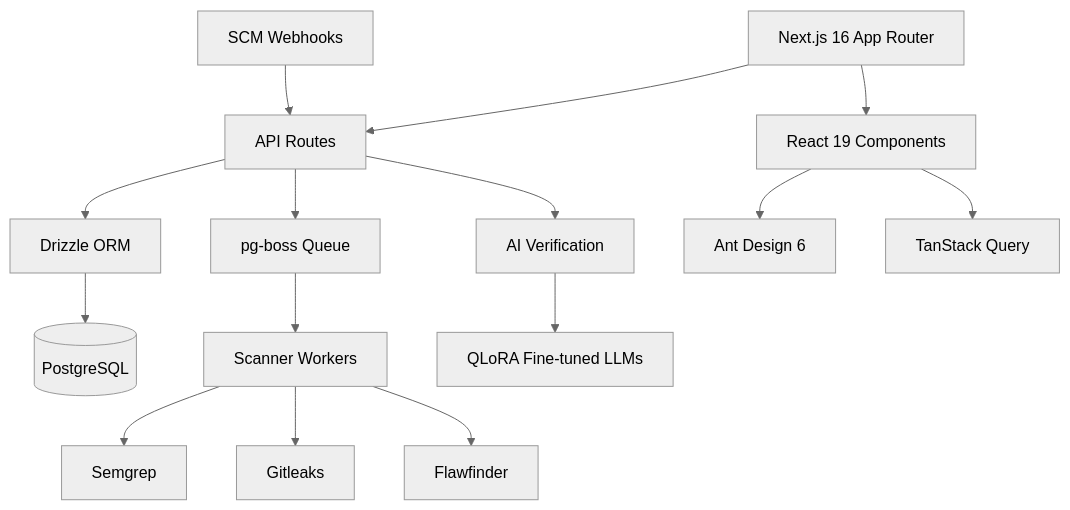
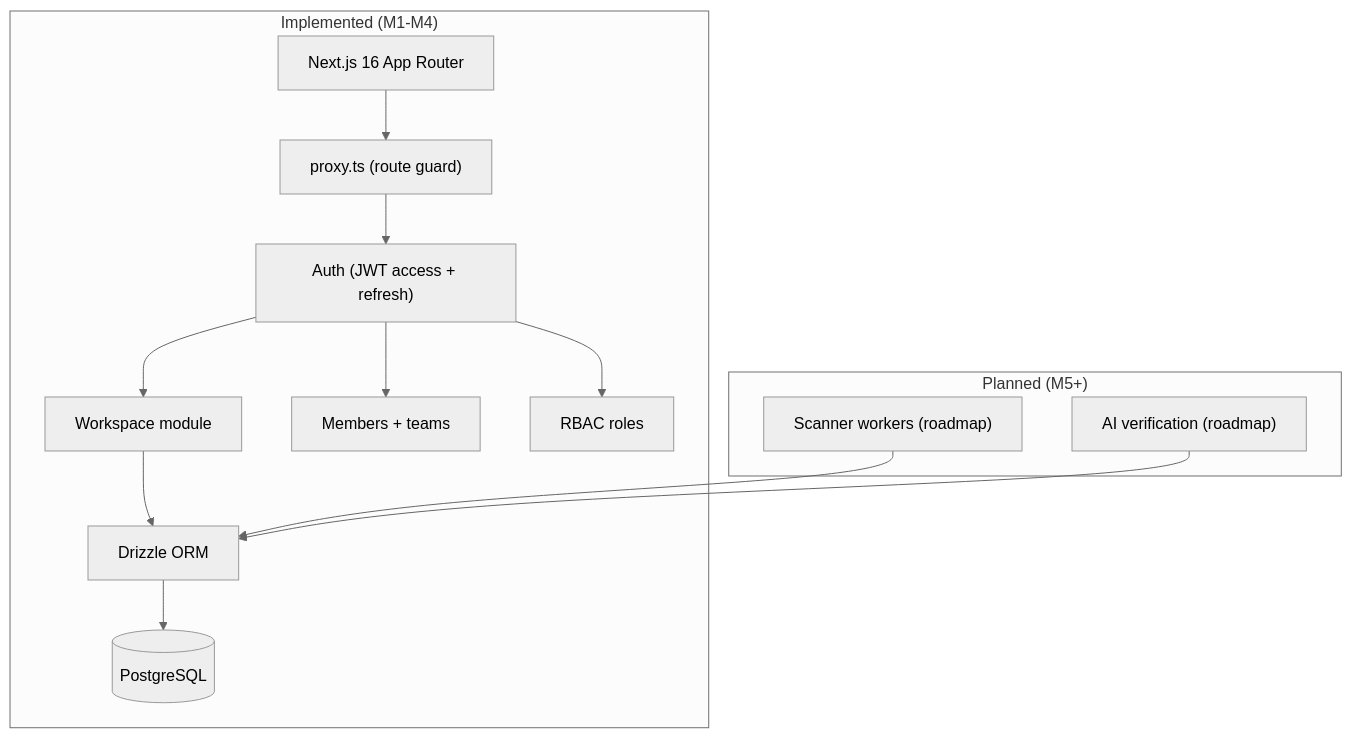
One commit to raihanachmad8/portofolio changed the first of 3 diagrams in src/content/projects/sast-integration.mdx. Above: the diagram before and after it, drawn with Mermaid (neutral theme). The commit also changed other lines of this file and 16 other files, not shown here.

First line of the commit message:
feat: enrich all 11 project MDX with verified data and diagrams

````diff
--- a/src/content/projects/sast-integration.mdx
+++ b/src/content/projects/sast-integration.mdx
@@ -56,17 +50,28 @@
 ```mermaid
 flowchart TD
-    A["Next.js 16 App Router"] --> B["API Routes"]
-    A --> C["React 19 Components"]
-    B --> D["Drizzle ORM"]
-    B --> E["pg-boss Queue"]
-    D --> F[("PostgreSQL")]
-    E --> G["Scanner Workers"]
-    G --> H["Semgrep"]
-    G --> I["Gitleaks"]
-    G --> J["Flawfinder"]
-    B --> K["AI Verification"]
-    K --> L["QLoRA Fine-tuned LLMs"]
-    C --> M["Ant Design 6"]
-    C --> N["TanStack Query"]
-    O["SCM Webhooks"] --> B
+    A["Next.js 16 App Router"] --> P["proxy.ts (route guard)"]
+    P --> B["Auth (JWT access + refresh)"]
+    B --> C["Workspace module"]
+    B --> D["Members + teams"]
+    B --> E["RBAC roles"]
+    C --> F["Drizzle ORM"]
+    F --> G[("PostgreSQL")]
+    H["Scanner workers (roadmap)"] --> F
+    I["AI verification (roadmap)"] --> F
+
+    subgraph implemented["Implemented (M1-M4)"]
+        A
+        P
+        B
+        C
+        D
+        E
+        F
+        G
+    end
+
+    subgraph planned["Planned (M5+)"]
+        H
+        I
+    end
 ```
````
